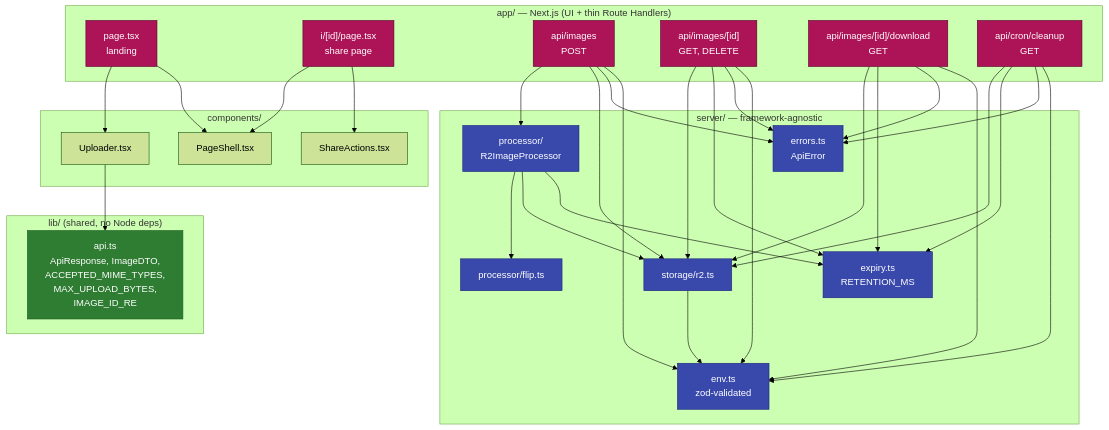
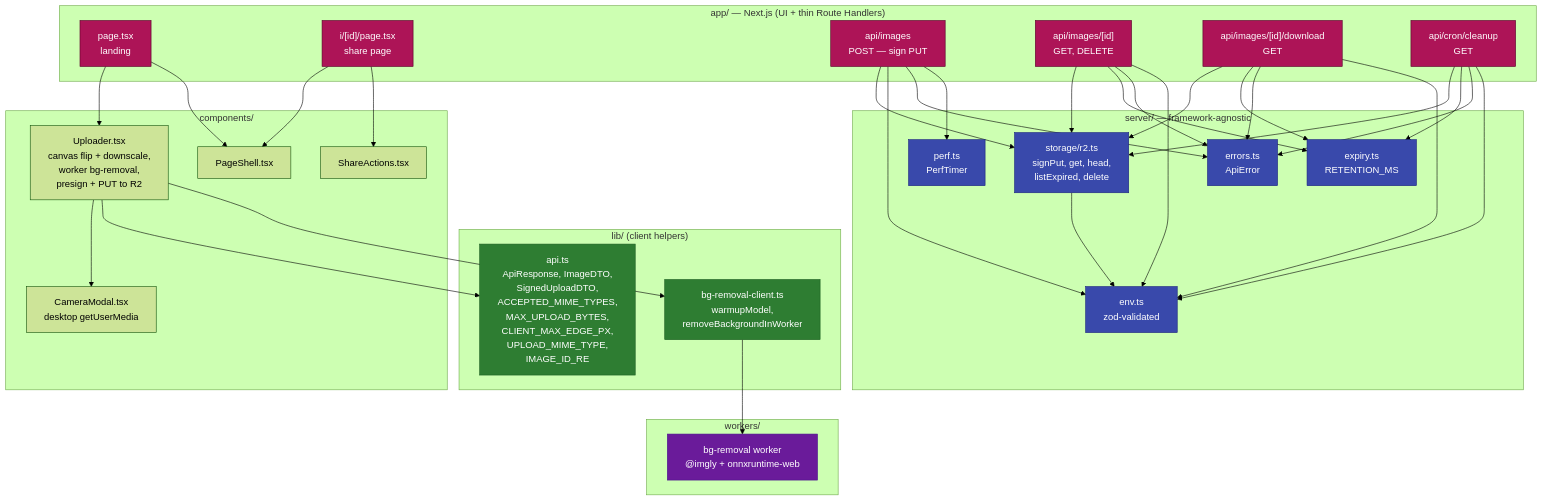
One commit to agustin-vaca/image-transformation changed the second of 5 diagrams in docs/ARCHITECTURE.md. Above: the diagram before and after it, drawn with Mermaid (forest theme). The commit also changed other lines of this file and 2 other files, not shown here.

First line of the commit message:
docs: sync PRD/ARCHITECTURE/README with current implementation

````diff
--- a/docs/ARCHITECTURE.md
+++ b/docs/ARCHITECTURE.md
@@ -50,63 +55,70 @@
 ```mermaid
 flowchart TB
     subgraph app["app/ — Next.js (UI + thin Route Handlers)"]
         page[page.tsx<br/>landing]
         ipage["i/[id]/page.tsx<br/>share page"]
-        upload["api/images<br/>POST"]
+        upload["api/images<br/>POST — sign PUT"]
         meta["api/images/[id]<br/>GET, DELETE"]
         download["api/images/[id]/download<br/>GET"]
         cleanup[api/cron/cleanup<br/>GET]
     end
 
     subgraph components["components/"]
-        uploader[Uploader.tsx]
+        uploader["Uploader.tsx<br/>canvas flip + downscale,<br/>worker bg-removal,<br/>presign + PUT to R2"]
+        camera[CameraModal.tsx<br/>desktop getUserMedia]
         shell[PageShell.tsx]
         share[ShareActions.tsx]
     end
 
-    subgraph lib["lib/ (shared, no Node deps)"]
-        api["api.ts<br/>ApiResponse, ImageDTO,<br/>ACCEPTED_MIME_TYPES,<br/>MAX_UPLOAD_BYTES,<br/>IMAGE_ID_RE"]
+    subgraph workers["workers/"]
+        bgWorker[bg-removal worker<br/>@imgly + onnxruntime-web]
+    end
+
+    subgraph lib["lib/ (client helpers)"]
+        api["api.ts<br/>ApiResponse, ImageDTO,<br/>SignedUploadDTO,<br/>ACCEPTED_MIME_TYPES,<br/>MAX_UPLOAD_BYTES,<br/>CLIENT_MAX_EDGE_PX,<br/>UPLOAD_MIME_TYPE,<br/>IMAGE_ID_RE"]
+        bgClient[bg-removal-client.ts<br/>warmupModel,<br/>removeBackgroundInWorker]
     end
 
     subgraph server["server/ — framework-agnostic"]
-        proc["processor/<br/>R2ImageProcessor"]
-        flip[processor/flip.ts]
-        storage[storage/r2.ts]
+        storage[storage/r2.ts<br/>signPut, get, head,<br/>listExpired, delete]
         env[env.ts<br/>zod-validated]
         errors[errors.ts<br/>ApiError]
         expiry[expiry.ts<br/>RETENTION_MS]
+        perf[perf.ts<br/>PerfTimer]
     end
 
     page --> uploader
     page --> shell
     ipage --> shell
     ipage --> share
+    uploader --> camera
     uploader --> api
-    upload --> proc
+    uploader --> bgClient
+    bgClient --> bgWorker
     upload --> storage
+    upload --> env
+    upload --> errors
+    upload --> perf
     meta --> storage
     meta --> expiry
+    meta --> errors
+    meta --> env
     download --> storage
     download --> expiry
+    download --> errors
+    download --> env
     cleanup --> storage
     cleanup --> expiry
-    proc --> flip
-    proc --> storage
-    proc --> expiry
-    upload --> errors
-    meta --> errors
-    download --> errors
     cleanup --> errors
-    upload --> env
-    meta --> env
-    download --> env
     cleanup --> env
     storage --> env
 
     classDef serverNode fill:#3949ab,stroke:#1a237e,color:#fff
     classDef appNode fill:#ad1457,stroke:#560027,color:#fff
     classDef libNode fill:#2e7d32,stroke:#1b5e20,color:#fff
-    class proc,flip,storage,env,errors,expiry serverNode
+    classDef workerNode fill:#6a1b9a,stroke:#4a148c,color:#fff
+    class storage,env,errors,expiry,perf serverNode
     class page,ipage,upload,meta,download,cleanup appNode
-    class api libNode
+    class api,bgClient libNode
+    class bgWorker workerNode
 ```
````
